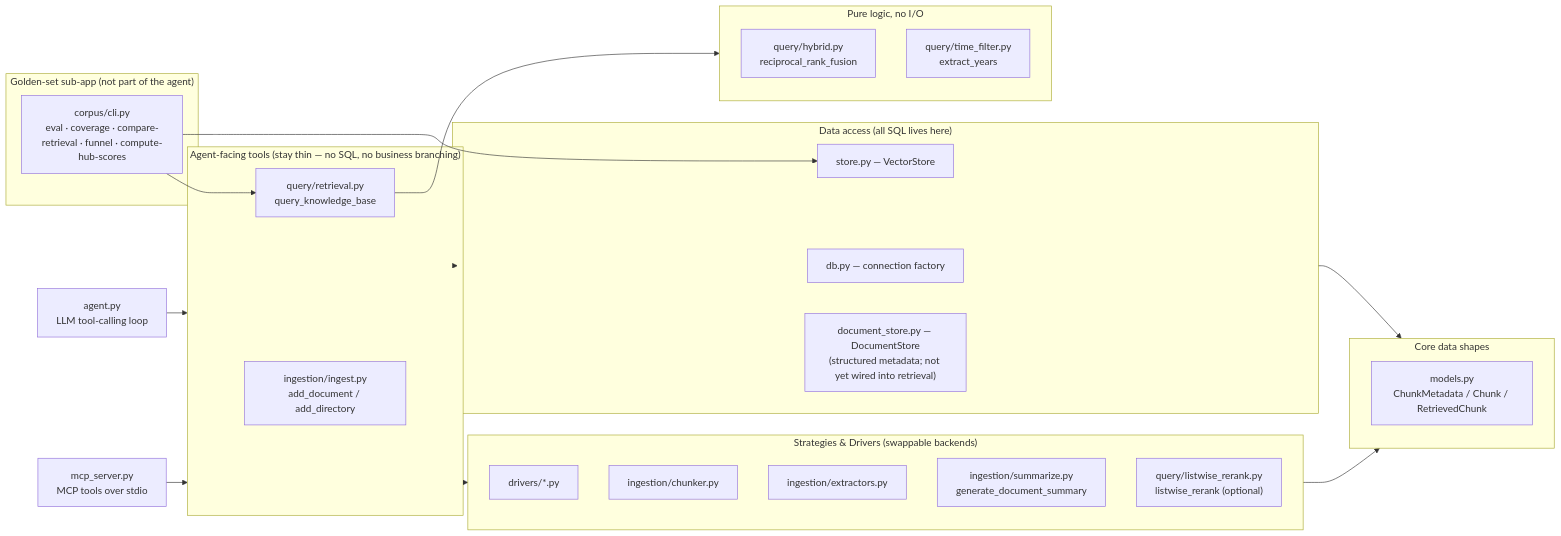
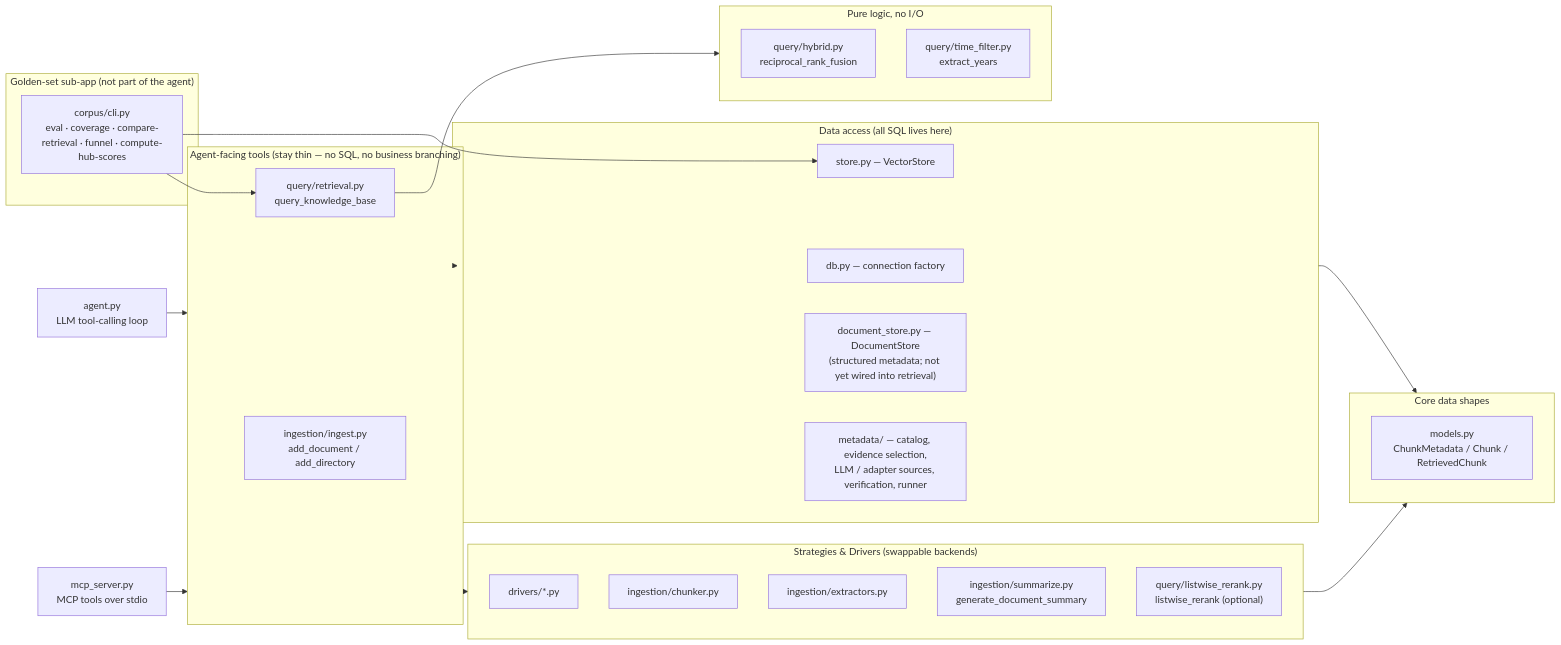
One commit to olythy/docs-agent changed the third of 3 diagrams in docs/architecture.md. Above: the diagram before and after it, drawn with Mermaid. The commit also changed other lines of this file and 3 other files, not shown here.

````diff
--- a/docs/architecture.md
+++ b/docs/architecture.md
@@ -134,40 +135,41 @@
 ```mermaid
 flowchart LR
     subgraph Orchestrators["Agent-facing tools (stay thin — no SQL, no business branching)"]
         ingest["ingestion/ingest.py<br/>add_document / add_directory"]
         retrieval["query/retrieval.py<br/>query_knowledge_base"]
     end
     subgraph Strategies["Strategies & Drivers (swappable backends)"]
         drivers["drivers/*.py"]
         chunker["ingestion/chunker.py"]
         extractors["ingestion/extractors.py"]
         summarize["ingestion/summarize.py<br/>generate_document_summary"]
         listwise["query/listwise_rerank.py<br/>listwise_rerank (optional)"]
     end
     subgraph DataAccess["Data access (all SQL lives here)"]
         db["db.py — connection factory"]
         store["store.py — VectorStore"]
         docstore["document_store.py — DocumentStore<br/>(structured metadata; not yet wired into retrieval)"]
+        metadata["metadata/ — catalog, evidence selection,<br/>LLM / adapter sources, verification, runner"]
     end
     subgraph Shapes["Core data shapes"]
         models["models.py<br/>ChunkMetadata / Chunk / RetrievedChunk"]
     end
     subgraph Fusion["Pure logic, no I/O"]
         hybrid["query/hybrid.py<br/>reciprocal_rank_fusion"]
         timefilter["query/time_filter.py<br/>extract_years"]
     end
     subgraph Measuring["Golden-set sub-app (not part of the agent)"]
         corpus["corpus/cli.py<br/>eval · coverage · compare-retrieval · funnel · compute-hub-scores"]
     end
 
     Orchestrators --> Strategies
     Orchestrators --> DataAccess
     Strategies --> Shapes
     DataAccess --> Shapes
     retrieval --> Fusion
     corpus --> retrieval
     corpus --> store
 
     agent["agent.py<br/>LLM tool-calling loop"] --> Orchestrators
     mcp["mcp_server.py<br/>MCP tools over stdio"] --> Orchestrators
 ```
````
